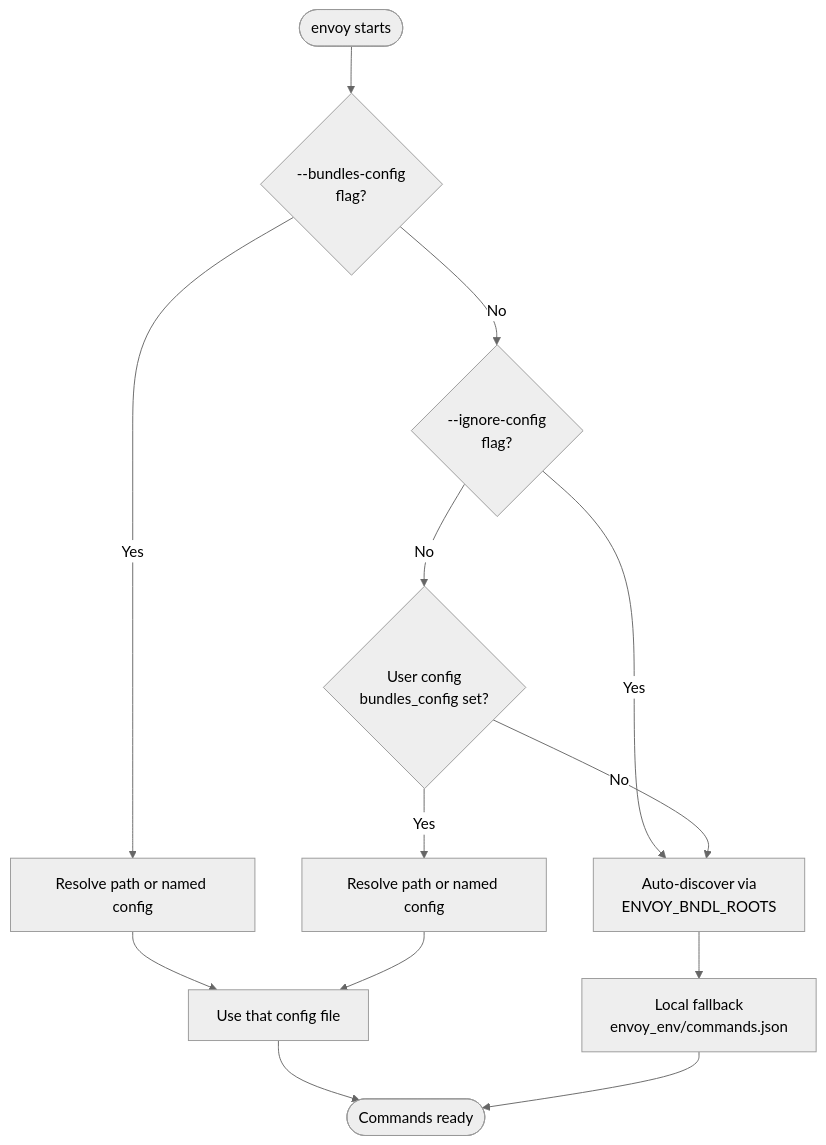
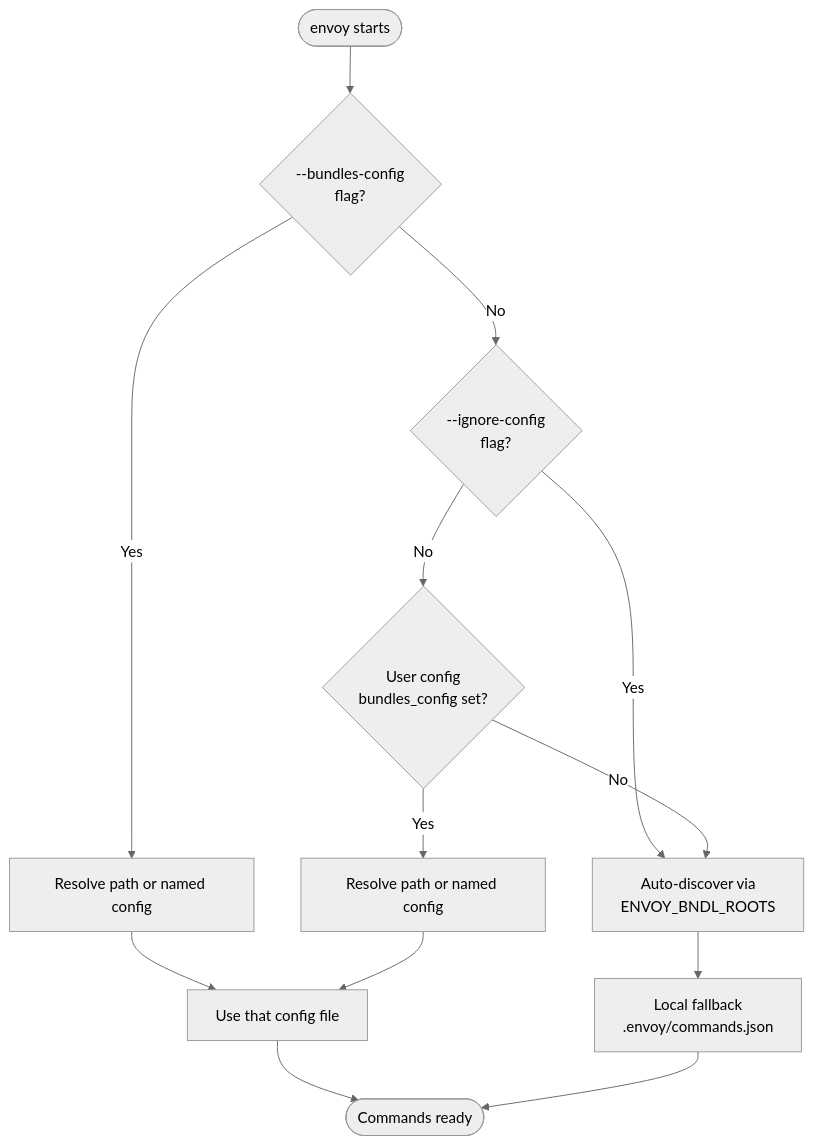
Before and after one commit to gtvfx-contrib/gt-envoy: the diagram in docs/user-config.md, drawn with Mermaid (neutral theme). The commit also changed 39 other files, not shown here.

Commit message:
updated envoy_env to .envoy

````diff
--- a/docs/user-config.md
+++ b/docs/user-config.md
@@ -93,15 +93,15 @@
 ```mermaid
 flowchart TD
     A([envoy starts]) --> B{--bundles-config\nflag?}
     B -- Yes --> R1[Resolve path or named config]
     B -- No --> C{--ignore-config\nflag?}
     C -- Yes --> E[Auto-discover via\nENVOY_BNDL_ROOTS]
     C -- No --> D{User config\nbundles_config set?}
     D -- Yes --> R2[Resolve path or named config]
     D -- No --> E
     R1 --> F[Use that config file]
     R2 --> F
-    E --> G[Local fallback\nenvoy_env/commands.json]
+    E --> G[Local fallback\n.envoy/commands.json]
     F --> H([Commands ready])
     G --> H
 ```
````
